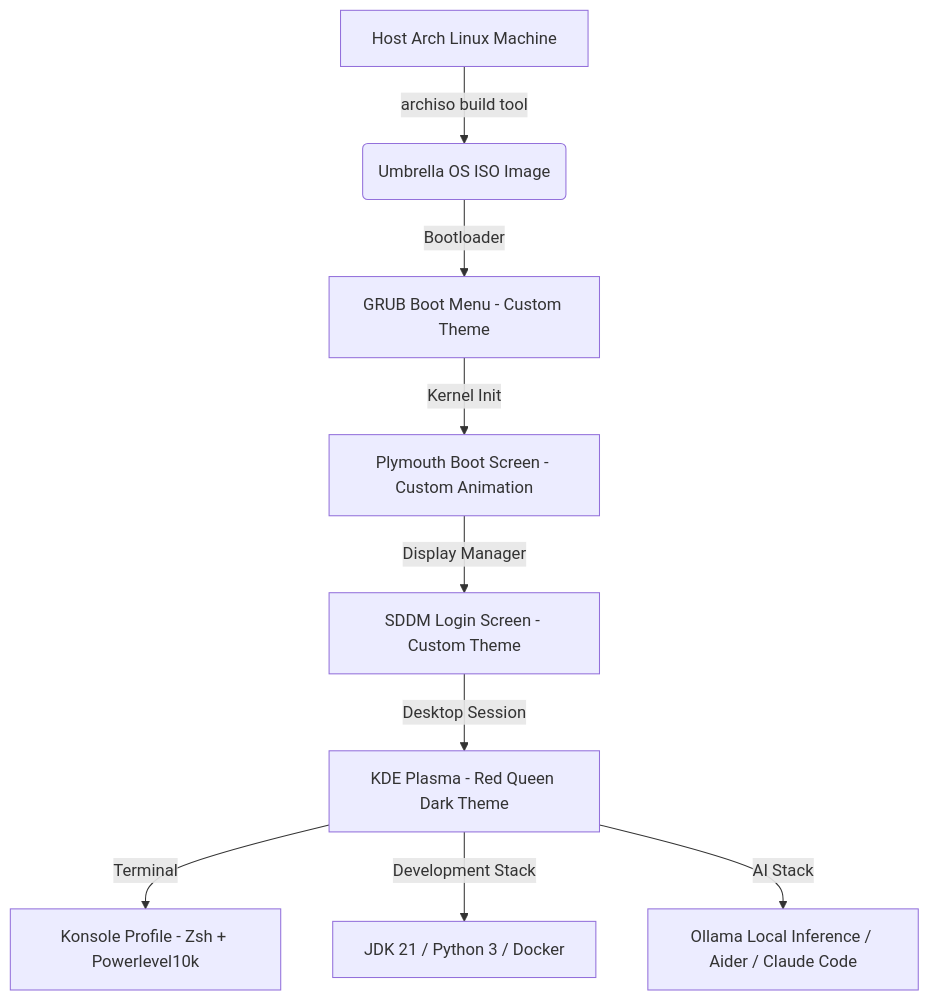
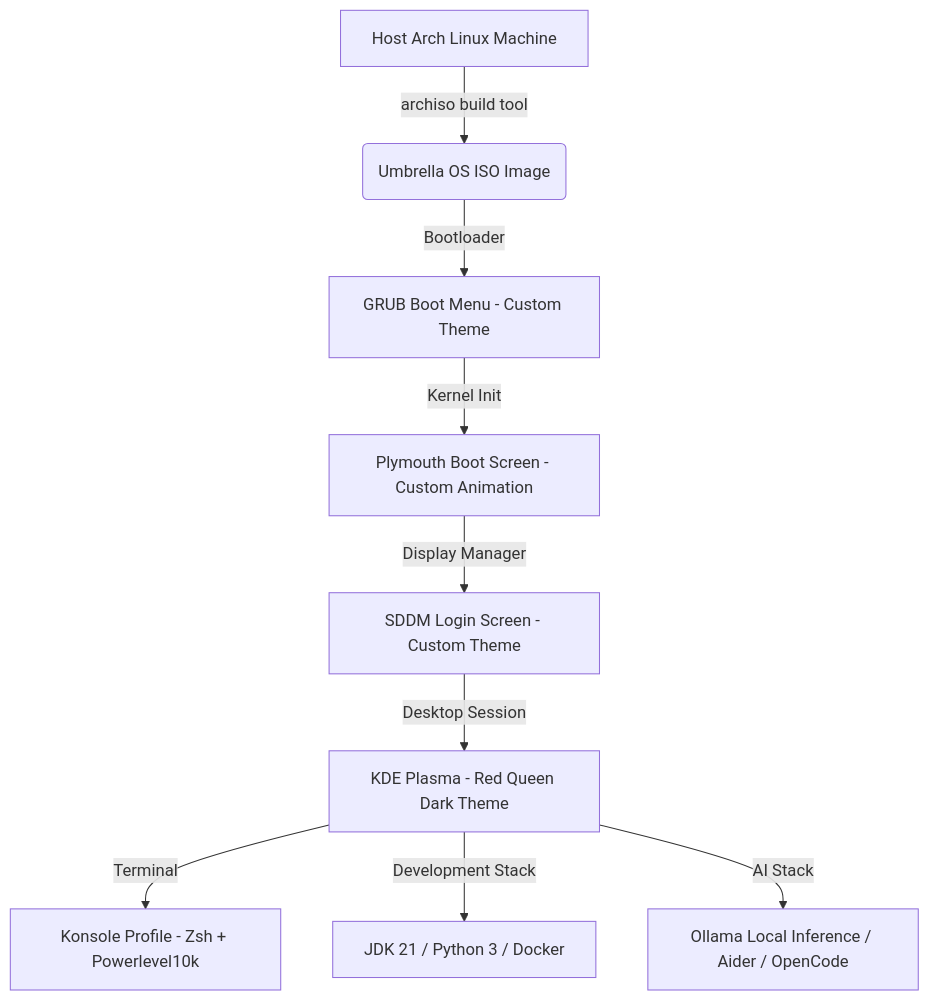
One commit to Aak4shz/Umbrella-Corporation_OS changed the diagram in docs/prd.md. Above: the diagram before and after it, drawn with Mermaid. The commit also changed other lines of this file, not shown here.

Commit message:
docs(prd): replace Claude Code with OpenCode as coding agent

````diff
--- a/docs/prd.md
+++ b/docs/prd.md
@@ -20,11 +20,11 @@
 ```mermaid
 graph TD
     A[Host Arch Linux Machine] -->|archiso build tool| B(Umbrella OS ISO Image)
     B -->|Bootloader| C[GRUB Boot Menu - Custom Theme]
     C -->|Kernel Init| D[Plymouth Boot Screen - Custom Animation]
     D -->|Display Manager| E[SDDM Login Screen - Custom Theme]
     E -->|Desktop Session| F[KDE Plasma - Red Queen Dark Theme]
     F -->|Terminal| G[Konsole Profile - Zsh + Powerlevel10k]
     F -->|Development Stack| H[JDK 21 / Python 3 / Docker]
-    F -->|AI Stack| I[Ollama Local Inference / Aider / Claude Code]
+    F -->|AI Stack| I[Ollama Local Inference / Aider / OpenCode]
 ```
````
